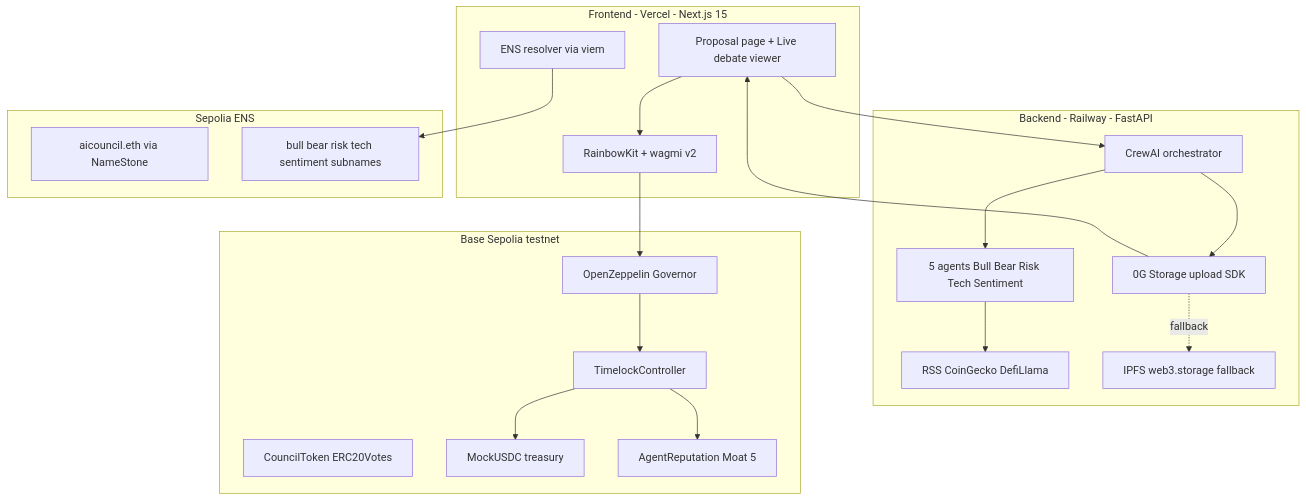
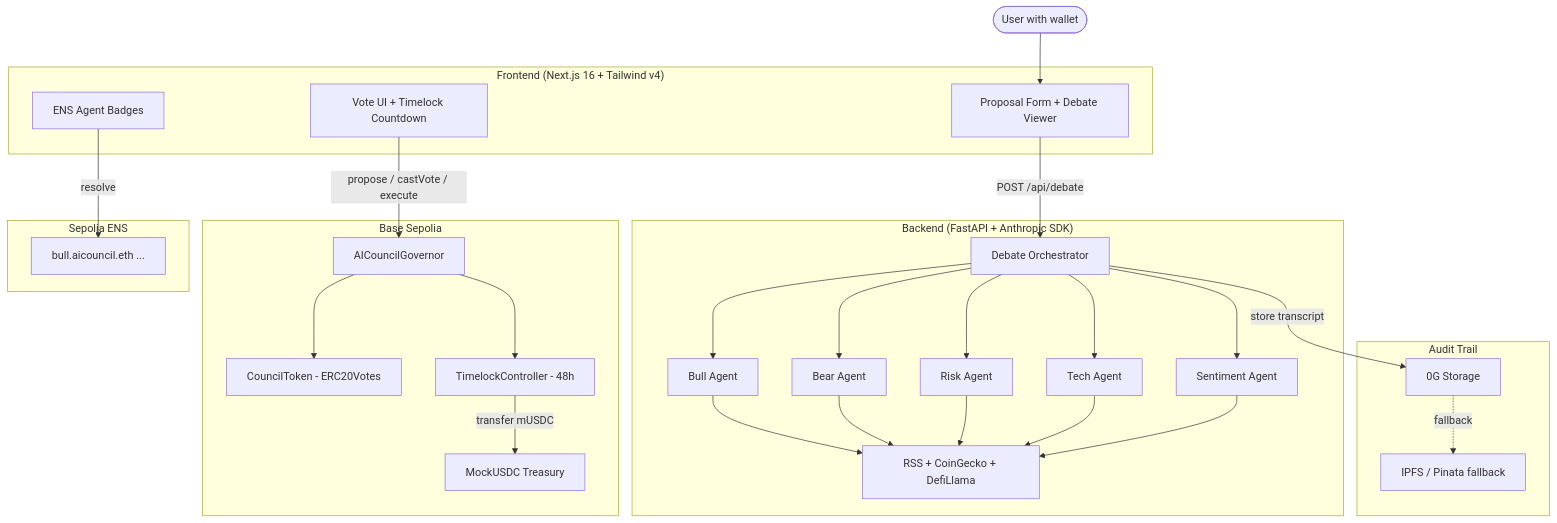
One commit to danergXx-xX/ETH-Global changed the diagram in README.md. Above: the diagram before and after it, drawn with Mermaid. The commit also changed other lines of this file and 1 other file, not shown here.

First line of the commit message:
docs(readme+glossary): expanded README for judges + glossary for non-tech

````diff
--- a/README.md
+++ b/README.md
@@ -22,42 +31,47 @@
 ```mermaid
 flowchart TB
-  subgraph Frontend [Frontend - Vercel - Next.js 15]
-    UI[Proposal page + Live debate viewer]
-    Wallet[RainbowKit + wagmi v2]
-    EnsResolver[ENS resolver via viem]
+  User([User with wallet]) --> UI
+
+  subgraph Frontend["Frontend (Next.js 16 + Tailwind v4)"]
+    UI[Proposal Form + Debate Viewer]
+    Vote[Vote UI + Timelock Countdown]
+    ENSDisplay[ENS Agent Badges]
   end
 
-  subgraph Backend [Backend - Railway - FastAPI]
-    Orchestrator[CrewAI orchestrator]
-    Agents[5 agents Bull Bear Risk Tech Sentiment]
-    Tools[RSS CoinGecko DefiLlama]
-    OGStorage[0G Storage upload SDK]
-    IPFSFallback[IPFS web3.storage fallback]
+  subgraph Backend["Backend (FastAPI + Anthropic SDK)"]
+    Orch[Debate Orchestrator]
+    Bull[Bull Agent]
+    Bear[Bear Agent]
+    Risk[Risk Agent]
+    Tech[Tech Agent]
+    Sent[Sentiment Agent]
+    Data[RSS + CoinGecko + DefiLlama]
   end
 
-  subgraph Chain [Base Sepolia testnet]
-    Governor[OpenZeppelin Governor]
-    Token[CouncilToken ERC20Votes]
-    Timelock[TimelockController]
-    MockUSDC[MockUSDC treasury]
-    Reputation[AgentReputation Moat 5]
+  subgraph Storage["Audit Trail"]
+    ZeroG[0G Storage]
+    IPFS[IPFS / Pinata fallback]
   end
 
-  subgraph ENS [Sepolia ENS]
-    Parent[aicouncil.eth via NameStone]
-    Subnames[bull bear risk tech sentiment subnames]
+  subgraph Chain["Base Sepolia"]
+    Gov[AICouncilGovernor]
+    Token[CouncilToken - ERC20Votes]
+    TL[TimelockController - 48h]
+    USDC[MockUSDC Treasury]
   end
 
-  UI --> Orchestrator
-  Orchestrator --> Agents
-  Agents --> Tools
-  Orchestrator --> OGStorage
-  OGStorage -.fallback.-> IPFSFallback
-  OGStorage --> UI
-  UI --> Wallet
-  Wallet --> Governor
-  Governor --> Timelock
-  Timelock --> MockUSDC
-  Timelock --> Reputation
-  EnsResolver --> Subnames
+  subgraph ENS["Sepolia ENS"]
+    Sub[bull.aicouncil.eth ...]
+  end
+
+  UI -->|POST /api/debate| Orch
+  Orch --> Bull & Bear & Risk & Tech & Sent
+  Bull & Bear & Risk & Tech & Sent --> Data
+  Orch -->|store transcript| ZeroG
+  ZeroG -.->|fallback| IPFS
+  Vote -->|propose / castVote / execute| Gov
+  Gov --> Token
+  Gov --> TL
+  TL -->|transfer mUSDC| USDC
+  ENSDisplay -->|resolve| Sub
 ```
````
